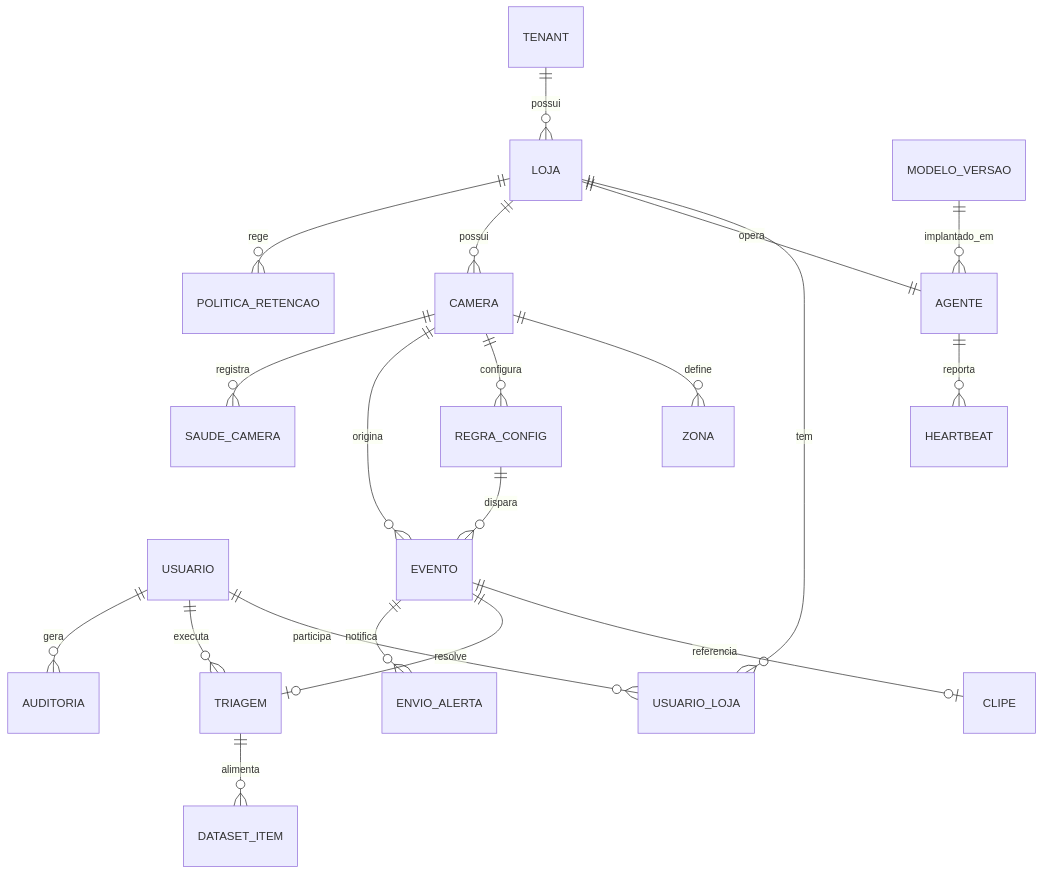
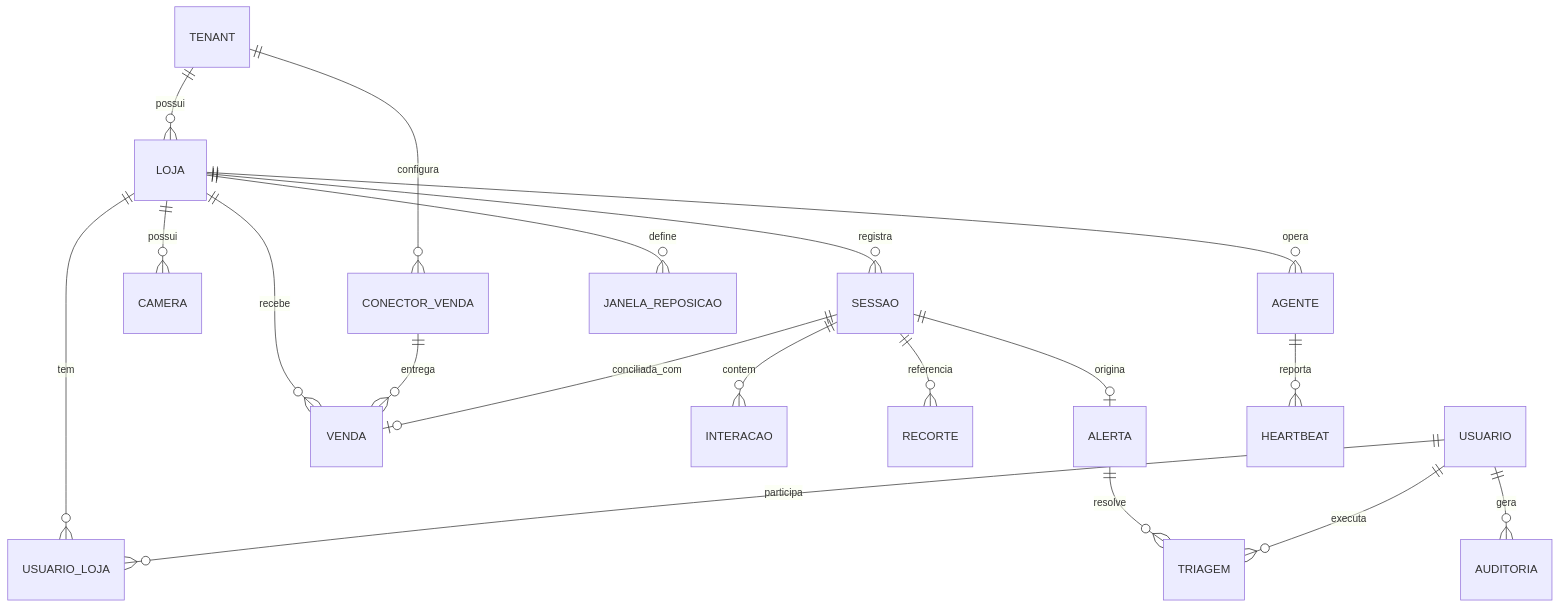
The fifth of 5 diagrams in docs/arquitetura.md (AlexandrePachecoo/lince), drawn with Mermaid before and after one commit. The commit also changed other lines of this file and 3 other files, not shown here.

````diff
--- a/docs/arquitetura.md
+++ b/docs/arquitetura.md
@@ -647,22 +837,21 @@
 ```mermaid
 erDiagram
     TENANT ||--o{ LOJA : possui
     LOJA ||--o{ USUARIO_LOJA : tem
     USUARIO ||--o{ USUARIO_LOJA : participa
-    LOJA ||--|| AGENTE : opera
+    LOJA ||--o{ AGENTE : opera
     LOJA ||--o{ CAMERA : possui
-    CAMERA ||--o{ ZONA : define
-    CAMERA ||--o{ REGRA_CONFIG : configura
-    CAMERA ||--o{ EVENTO : origina
-    REGRA_CONFIG ||--o{ EVENTO : dispara
-    EVENTO ||--o| CLIPE : referencia
-    EVENTO ||--o| TRIAGEM : resolve
-    EVENTO ||--o{ ENVIO_ALERTA : notifica
+    LOJA ||--o{ SESSAO : registra
+    LOJA ||--o{ VENDA : recebe
+    TENANT ||--o{ CONECTOR_VENDA : configura
+    CONECTOR_VENDA ||--o{ VENDA : entrega
+    SESSAO ||--o| VENDA : conciliada_com
+    SESSAO ||--o{ INTERACAO : contem
+    SESSAO ||--o{ RECORTE : referencia
+    SESSAO ||--o| ALERTA : origina
+    ALERTA ||--o{ TRIAGEM : resolve
     USUARIO ||--o{ TRIAGEM : executa
+    LOJA ||--o{ JANELA_REPOSICAO : define
     AGENTE ||--o{ HEARTBEAT : reporta
-    CAMERA ||--o{ SAUDE_CAMERA : registra
-    MODELO_VERSAO ||--o{ AGENTE : implantado_em
-    LOJA ||--o{ POLITICA_RETENCAO : rege
     USUARIO ||--o{ AUDITORIA : gera
-    TRIAGEM ||--o{ DATASET_ITEM : alimenta
 ```
````
